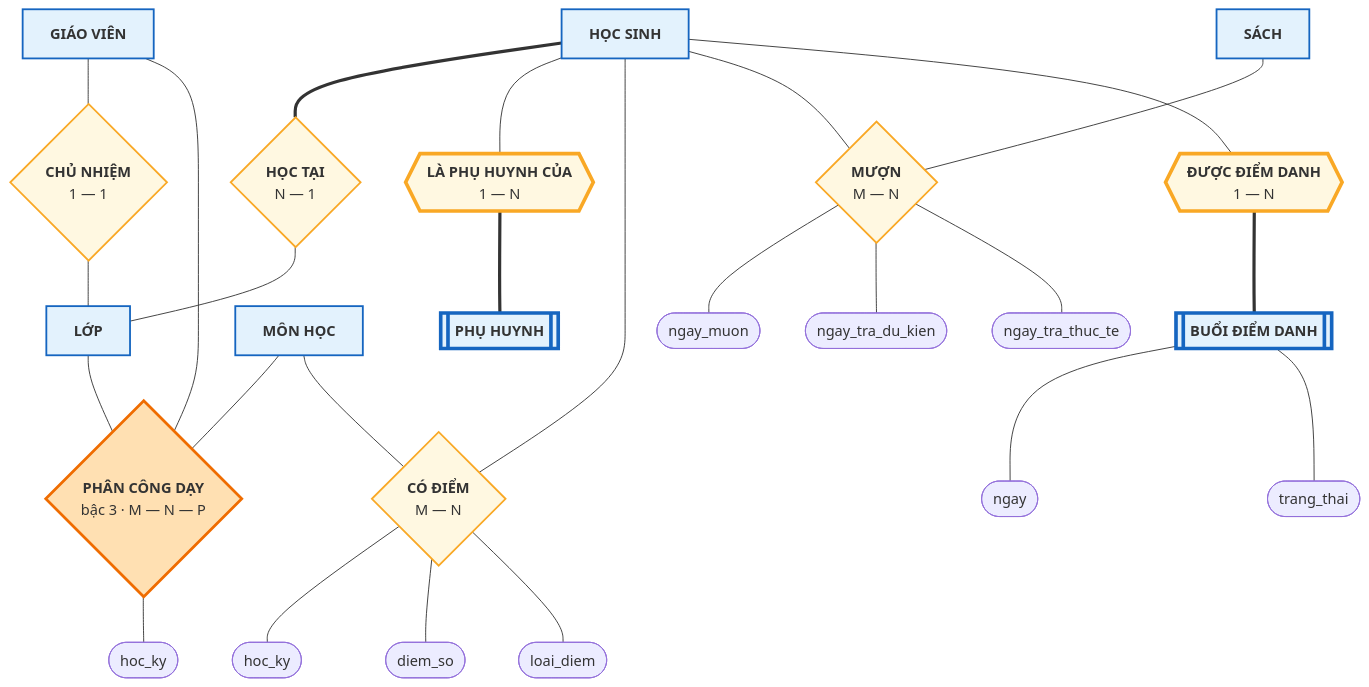
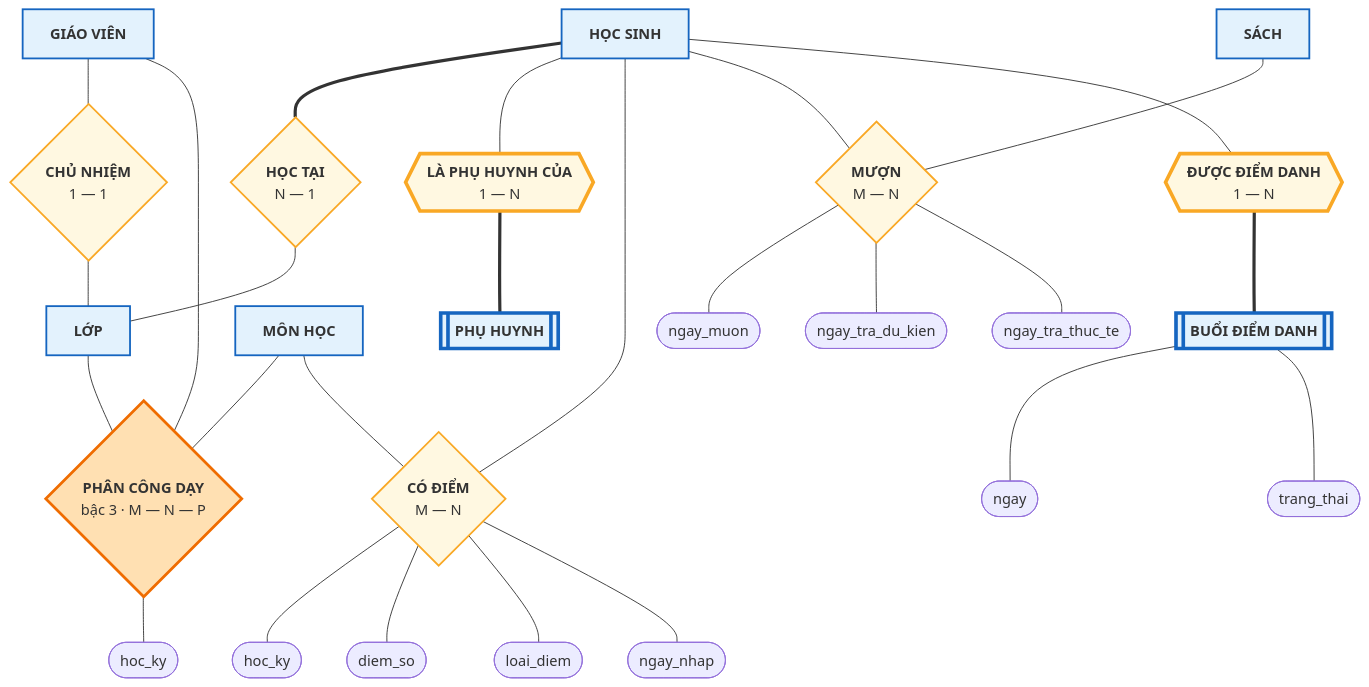
One commit to hungnguyen010518/database-tu-a-z changed the second of 2 diagrams in docs/cap-1-mo-hinh-er/10-bieu-do-er-ky-hieu-chen.md. Above: the diagram before and after it, drawn with Mermaid. The commit also changed other lines of this file and 9 other files, not shown here.

First line of the commit message:
Thêm Bài 11-15: Crow's Foot, bảy loại khoá, EER, chuyển ER sang bảng, ràng buộc toàn vẹn

````diff
--- a/docs/cap-1-mo-hinh-er/10-bieu-do-er-ky-hieu-chen.md
+++ b/docs/cap-1-mo-hinh-er/10-bieu-do-er-ky-hieu-chen.md
@@ -211,75 +211,77 @@
 ```mermaid
 flowchart TB
     GV["<b>GIÁO VIÊN</b>"]
     L["<b>LỚP</b>"]
     HS["<b>HỌC SINH</b>"]
     PH[["<b>PHỤ HUYNH</b>"]]
     MH["<b>MÔN HỌC</b>"]
     S["<b>SÁCH</b>"]
 
     RCN{"<b>CHỦ NHIỆM</b><br/>1 — 1"}
     RHT{"<b>HỌC TẠI</b><br/>N — 1"}
     RPH{{"<b>LÀ PHỤ HUYNH CỦA</b><br/>1 — N"}}
     RPC{"<b>PHÂN CÔNG DẠY</b><br/>bậc 3 · M — N — P"}
     RD{"<b>CÓ ĐIỂM</b><br/>M — N"}
     RM{"<b>MƯỢN</b><br/>M — N"}
     RDD{{"<b>ĐƯỢC ĐIỂM DANH</b><br/>1 — N"}}
 
     DD[["<b>BUỔI ĐIỂM DANH</b>"]]
 
     HKY(["hoc_ky"])
     HKD(["hoc_ky"])
     DSO(["diem_so"])
     LDI(["loai_diem"])
+    NNH(["ngay_nhap"])
     NMU(["ngay_muon"])
     NTD(["ngay_tra_du_kien"])
     NTR(["ngay_tra_thuc_te"])
     NGA(["ngay"])
     TTH(["trang_thai"])
 
     GV --- RCN
     RCN --- L
 
     HS === RHT
     RHT --- L
 
     HS --- RPH
     RPH === PH
 
     GV --- RPC
     MH --- RPC
     L --- RPC
     RPC --- HKY
 
     HS --- RD
     MH --- RD
     RD --- HKD
     RD --- DSO
     RD --- LDI
+    RD --- NNH
 
     HS --- RM
     S --- RM
     RM --- NMU
     RM --- NTD
     RM --- NTR
 
     HS --- RDD
     RDD === DD
     DD --- NGA
     DD --- TTH
 
     style GV fill:#e3f2fd,stroke:#1565c0,stroke-width:2px
     style L fill:#e3f2fd,stroke:#1565c0,stroke-width:2px
     style HS fill:#e3f2fd,stroke:#1565c0,stroke-width:2px
     style MH fill:#e3f2fd,stroke:#1565c0,stroke-width:2px
     style S fill:#e3f2fd,stroke:#1565c0,stroke-width:2px
     style PH fill:#e3f2fd,stroke:#1565c0,stroke-width:4px
     style DD fill:#e3f2fd,stroke:#1565c0,stroke-width:4px
     style RCN fill:#fff8e1,stroke:#f9a825,stroke-width:2px
     style RHT fill:#fff8e1,stroke:#f9a825,stroke-width:2px
     style RPC fill:#ffe0b2,stroke:#ef6c00,stroke-width:3px
     style RD fill:#fff8e1,stroke:#f9a825,stroke-width:2px
     style RM fill:#fff8e1,stroke:#f9a825,stroke-width:2px
     style RDD fill:#fff8e1,stroke:#f9a825,stroke-width:4px
     style RPH fill:#fff8e1,stroke:#f9a825,stroke-width:4px
 ```
````
